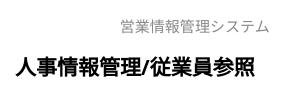
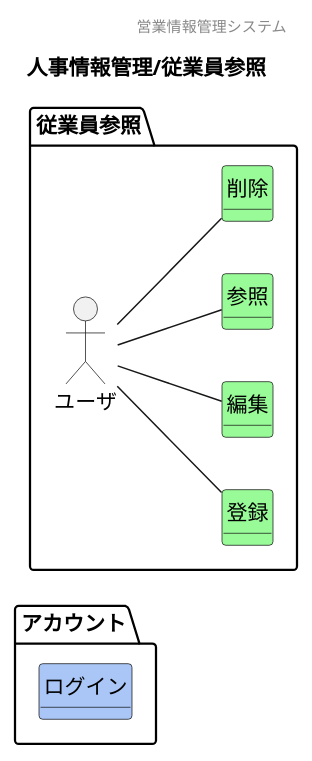
The diagram in 各種設計書/1ドメインモデル図/人事情報管理/F12従業員参照.plantuml (HaruShim/Sotuken), drawn with PlantUML before and after one commit. The commit also changed 13 other files, not shown here.

```diff
--- a/各種設計書/1ドメインモデル図/人事情報管理/F12従業員参照.plantuml
+++ b/各種設計書/1ドメインモデル図/人事情報管理/F12従業員参照.plantuml
@@ -1,15 +1,38 @@
 @startuml images/人事情報管理/従業員参照
 ' ヘッダー
 header 営業情報管理システム
 ' タイトル
 title 人事情報管理/従業員参照
 ' 
 hide circle
 ' 
 hide method
+left to right direction
 
+package "アカウント"{
+    class "ログイン" #A9C6F6
+}
 
+package "従業員参照" {
+    'ユーザや外部システム
+    mix_actor "ユーザ"
+    class "登録" #98fb98
+    class "編集" #98fb98
+    class "参照" #98fb98
+    class "削除" #98fb98
+    ' class "" #F5A9BC
+    ' class "" #ffd700
+
+    'モデル同士の関係
+    ユーザ -- 参照
+    ユーザ -- 登録
+    ユーザ -- 編集
+    ユーザ -- 削除
+
+    'ドメインクラスの属性
+
+}
 
 
 
 @enduml
```
